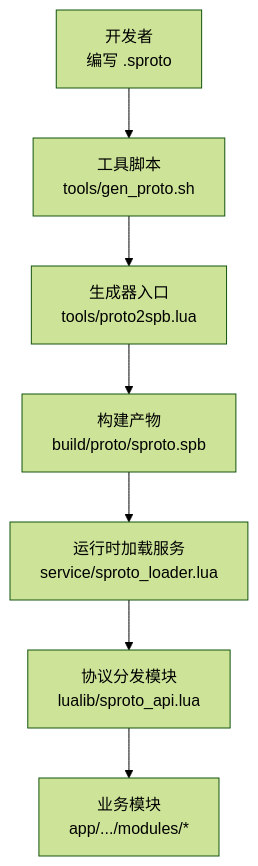
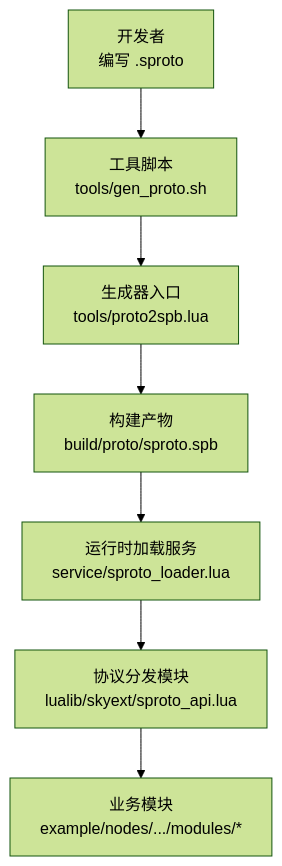
Before and after one commit to hanxi/skyext: the first of 6 diagrams in docs/repowiki/zh/content/API 参考/二进制协议/协议开发指南.md, drawn with Mermaid (forest theme). The commit also changed other lines of this file and 117 other files, not shown here.

````diff
--- a/docs/repowiki/zh/content/API 参考/二进制协议/协议开发指南.md
+++ b/docs/repowiki/zh/content/API 参考/二进制协议/协议开发指南.md
@@ -47,9 +47,9 @@
 ```mermaid
 graph TB
 A["开发者<br/>编写 .sproto"] --> B["工具脚本<br/>tools/gen_proto.sh"]
 B --> C["生成器入口<br/>tools/proto2spb.lua"]
 C --> D["构建产物<br/>build/proto/sproto.spb"]
 D --> E["运行时加载服务<br/>service/sproto_loader.lua"]
-E --> F["协议分发模块<br/>lualib/sproto_api.lua"]
-F --> G["业务模块<br/>app/.../modules/*"]
+E --> F["协议分发模块<br/>lualib/skyext/sproto_api.lua"]
+F --> G["业务模块<br/>example/nodes/.../modules/*"]
 ```
````
